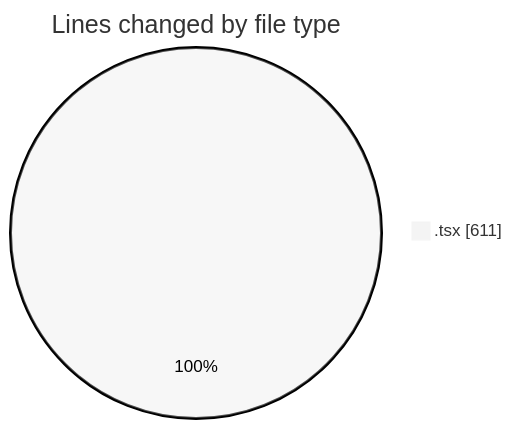
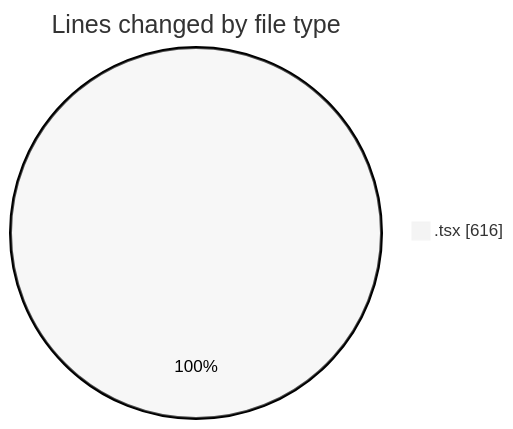
The first of 2 diagrams in 2026-05-11/cda/README.md (momahboobian/code-tracking), drawn with Mermaid (neutral theme) before and after one commit. The commit also changed other lines of this file and 1 other file, not shown here.

````diff
--- a/2026-05-11/cda/README.md
+++ b/2026-05-11/cda/README.md
@@ -24,5 +24,5 @@
 ```mermaid
 pie showData
 title Lines changed by file type
-".tsx" : 611
+".tsx" : 616
 ```
````
